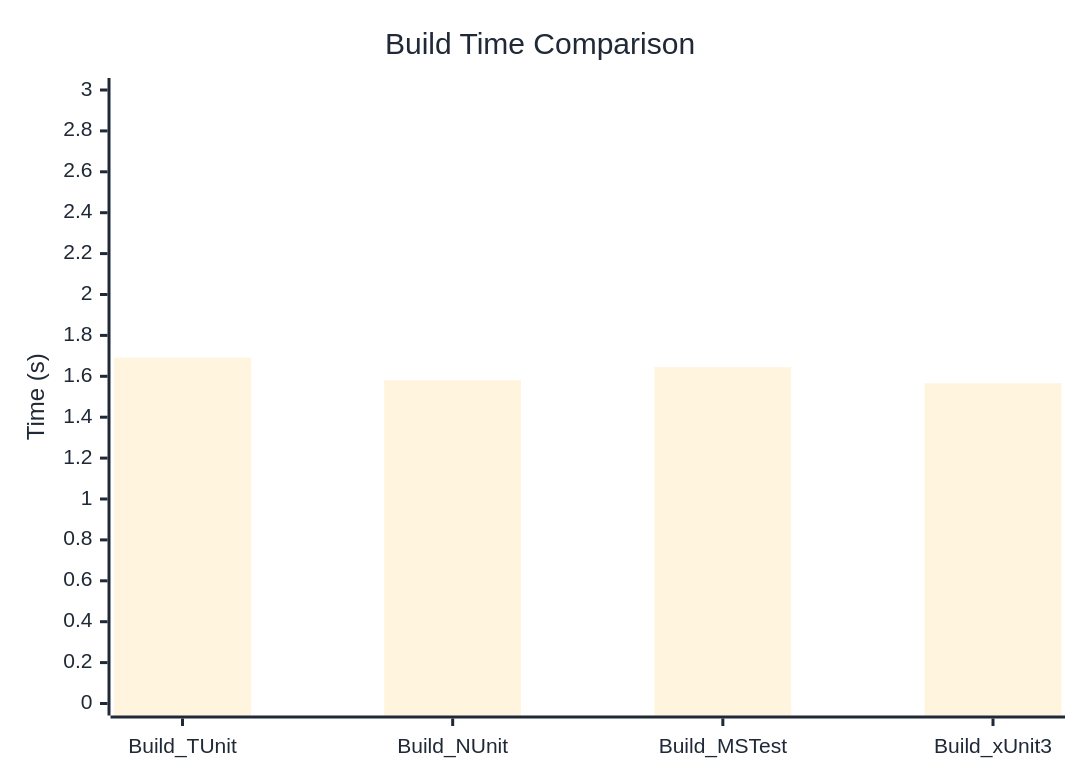
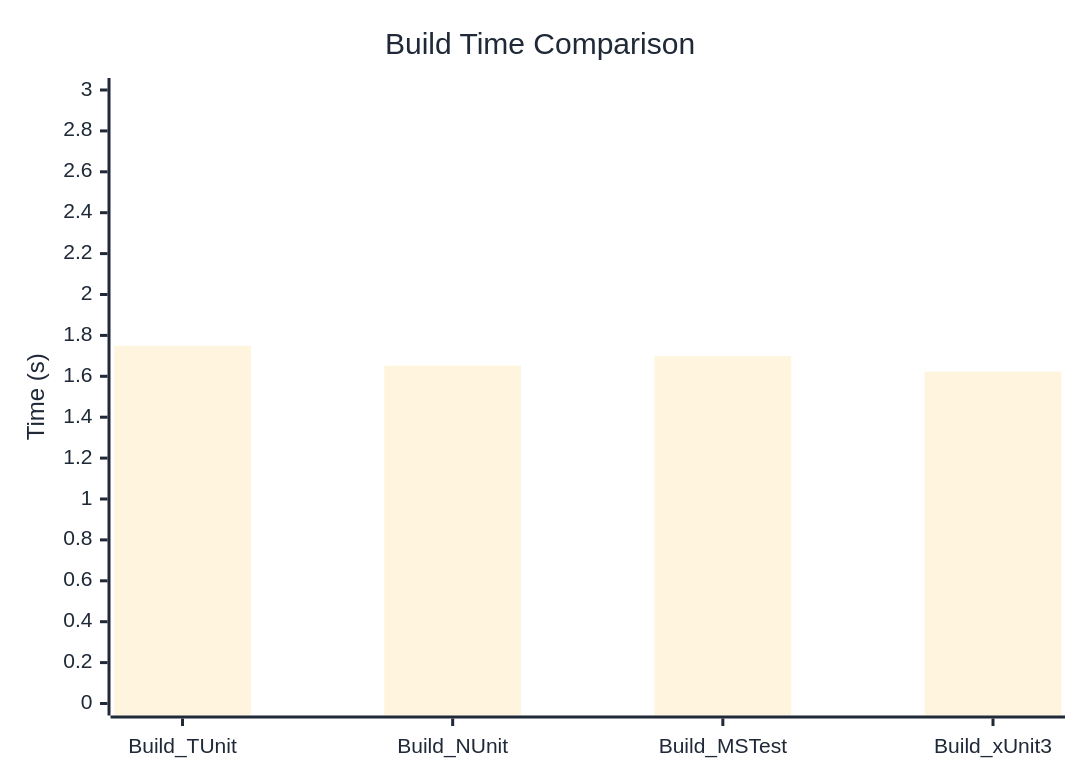
One commit to thomhurst/TUnit changed the diagram in docs/docs/benchmarks/BuildTime.md. Above: the diagram before and after it, drawn with Mermaid. The commit also changed other lines of this file and 17 other files, not shown here.

````diff
--- a/docs/docs/benchmarks/BuildTime.md
+++ b/docs/docs/benchmarks/BuildTime.md
@@ -28,37 +28,37 @@
 ```mermaid
 %%{init: {
   'theme':'base',
   'themeVariables': {
     'primaryColor': '#2563eb',
     'primaryTextColor': '#1f2937',
     'primaryBorderColor': '#1e40af',
     'lineColor': '#6b7280',
     'secondaryColor': '#7c3aed',
     'tertiaryColor': '#dc2626',
     'background': '#ffffff',
     'mainBkg': '#2563eb',
     'secondBkg': '#7c3aed',
     'tertiaryBkg': '#dc2626',
     'clusterBkg': '#f3f4f6',
     'edgeLabelBackground': '#ffffff',
     'tertiaryTextColor': '#1f2937',
     'pie1': '#2563eb',
     'pie2': '#7c3aed',
     'pie3': '#dc2626',
     'pie4': '#f59e0b',
     'pie5': '#10b981',
     'pie6': '#06b6d4',
     'pie7': '#ec4899',
     'pie8': '#6366f1',
     'pie9': '#84cc16',
     'pie10': '#f97316',
     'pie11': '#14b8a6',
     'pie12': '#a855f7'
   }
 }}%%
 xychart-beta
   title "Build Time Comparison"
   x-axis ["Build_TUnit", "Build_NUnit", "Build_MSTest", "Build_xUnit3"]
   y-axis "Time (s)" 0 --> 3
-  bar [1.691, 1.58, 1.645, 1.566]
+  bar [1.749, 1.652, 1.698, 1.623]
 ```
````
